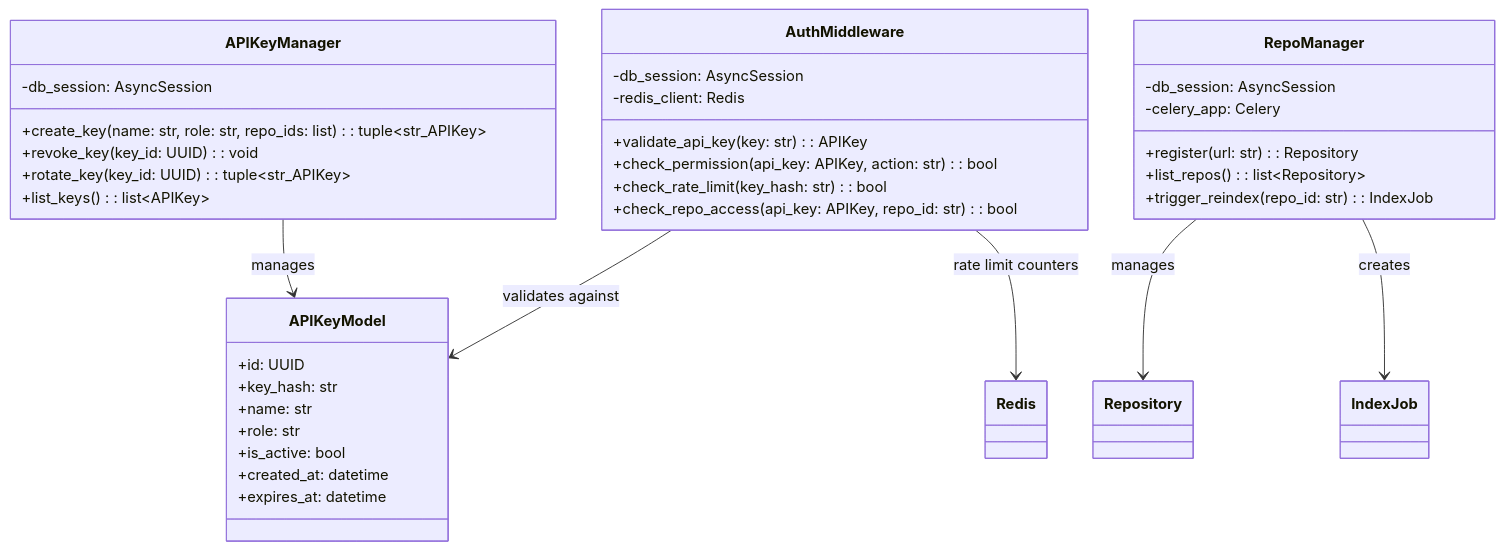
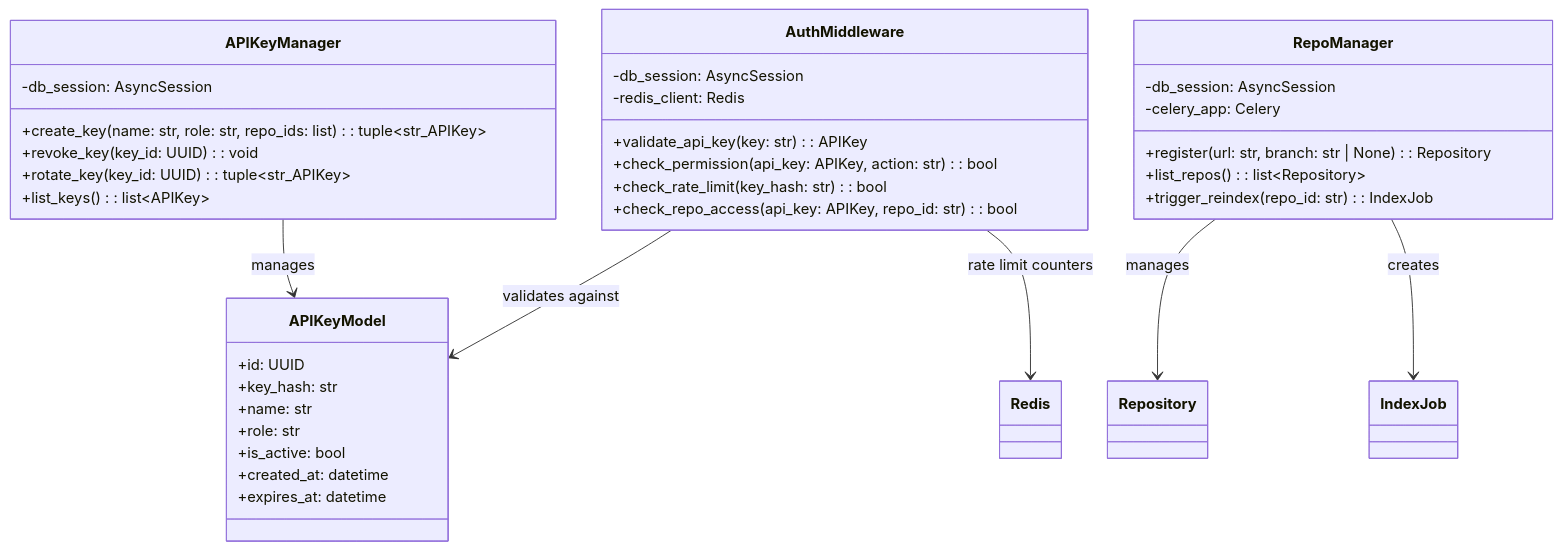
Diagram 13 of 16 in docs/plans/2026-03-21-code-context-retrieval-design.md (suriyel/theMachine), drawn with Mermaid before and after one commit. The commit also changed other lines of this file, not shown here.

First line of the commit message:
docs: update design for wave 1 — branch selection support

````diff
--- a/docs/plans/2026-03-21-code-context-retrieval-design.md
+++ b/docs/plans/2026-03-21-code-context-retrieval-design.md
@@ -975,43 +983,43 @@
 ```mermaid
 classDiagram
     class AuthMiddleware {
         -db_session: AsyncSession
         -redis_client: Redis
         +validate_api_key(key: str): APIKey
         +check_permission(api_key: APIKey, action: str): bool
         +check_rate_limit(key_hash: str): bool
         +check_repo_access(api_key: APIKey, repo_id: str): bool
     }
 
     class APIKeyModel {
         +id: UUID
         +key_hash: str
         +name: str
         +role: str
         +is_active: bool
         +created_at: datetime
         +expires_at: datetime
     }
 
     class APIKeyManager {
         -db_session: AsyncSession
         +create_key(name: str, role: str, repo_ids: list): tuple~str_APIKey~
         +revoke_key(key_id: UUID): void
         +rotate_key(key_id: UUID): tuple~str_APIKey~
         +list_keys(): list~APIKey~
     }
 
     class RepoManager {
         -db_session: AsyncSession
         -celery_app: Celery
-        +register(url: str): Repository
+        +register(url: str, branch: str | None): Repository
         +list_repos(): list~Repository~
         +trigger_reindex(repo_id: str): IndexJob
     }
 
     AuthMiddleware --> APIKeyModel : validates against
     AuthMiddleware --> Redis : rate limit counters
     APIKeyManager --> APIKeyModel : manages
     RepoManager --> Repository : manages
     RepoManager --> IndexJob : creates
 ```
````
